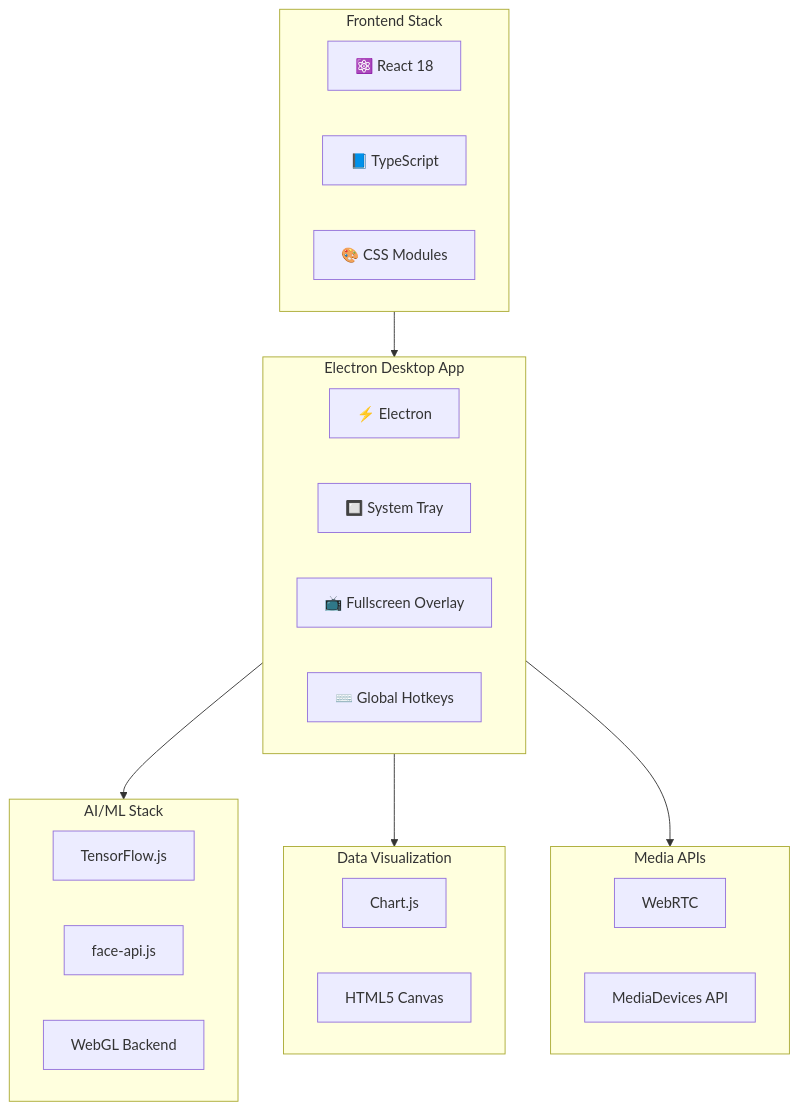
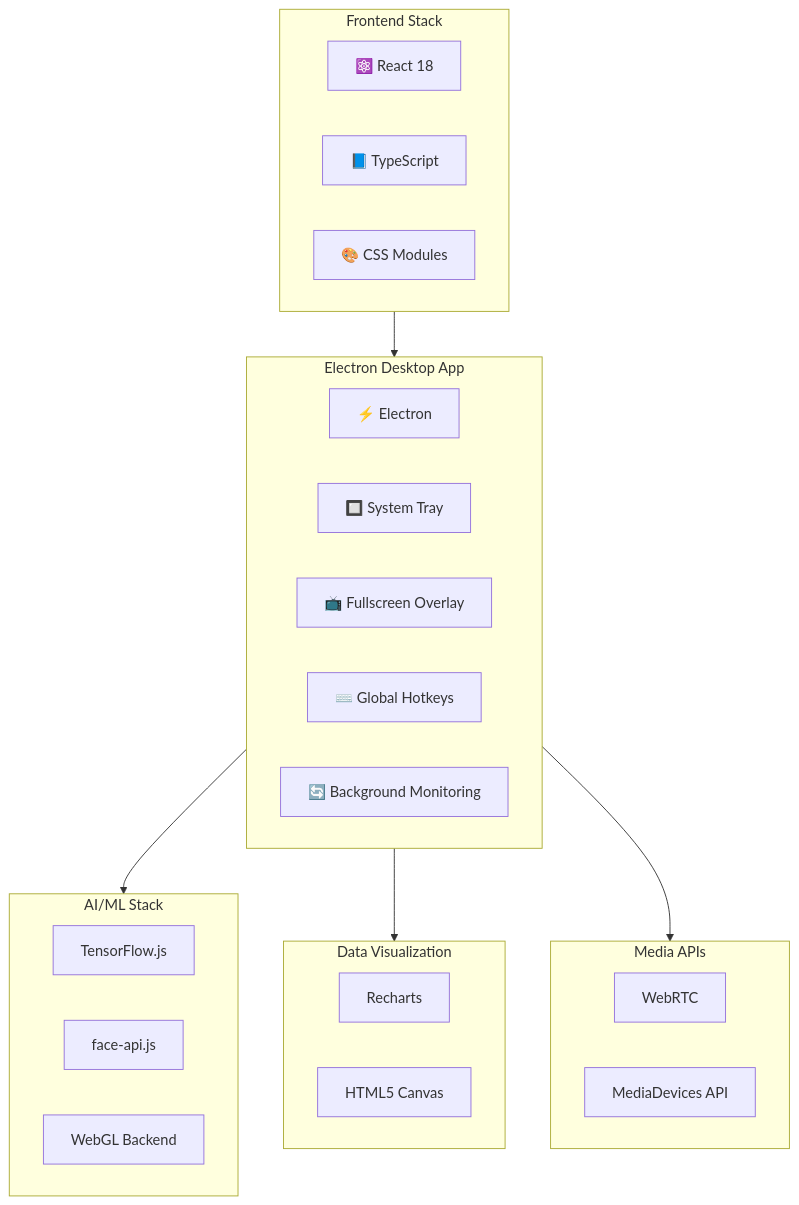
Before and after one commit to Ducksss/panic-at-the-classroom: the sixth of 7 diagrams in ARCHITECTURE.md, drawn with Mermaid. The commit also changed other lines of this file and 1 other file, not shown here.

Commit message:
feat: updated architecture diagram

````diff
--- a/ARCHITECTURE.md
+++ b/ARCHITECTURE.md
@@ -198,40 +244,41 @@
 ```mermaid
 flowchart TB
     subgraph Frontend["Frontend Stack"]
         direction LR
         React["⚛️ React 18"]
         TypeScript["📘 TypeScript"]
         CSS["🎨 CSS Modules"]
     end
     
     subgraph Desktop["Electron Desktop App"]
         Electron["⚡ Electron"]
         Tray["🔲 System Tray"]
         Overlay["📺 Fullscreen Overlay"]
         Hotkeys["⌨️ Global Hotkeys"]
+        Background["🔄 Background Monitoring"]
     end
     
     subgraph AI_ML["AI/ML Stack"]
         direction LR
         TF["TensorFlow.js"]
         FaceAPI["face-api.js"]
         WebGL["WebGL Backend"]
     end
     
     subgraph Visualization["Data Visualization"]
         direction LR
-        ChartJS["Chart.js"]
+        Recharts["Recharts"]
         Canvas["HTML5 Canvas"]
     end
     
     subgraph Media["Media APIs"]
         direction LR
         WebRTC["WebRTC"]
         MediaDevices["MediaDevices API"]
     end
     
     Frontend --> Desktop
     Desktop --> AI_ML
     Desktop --> Visualization
     Desktop --> Media
 ```
````
